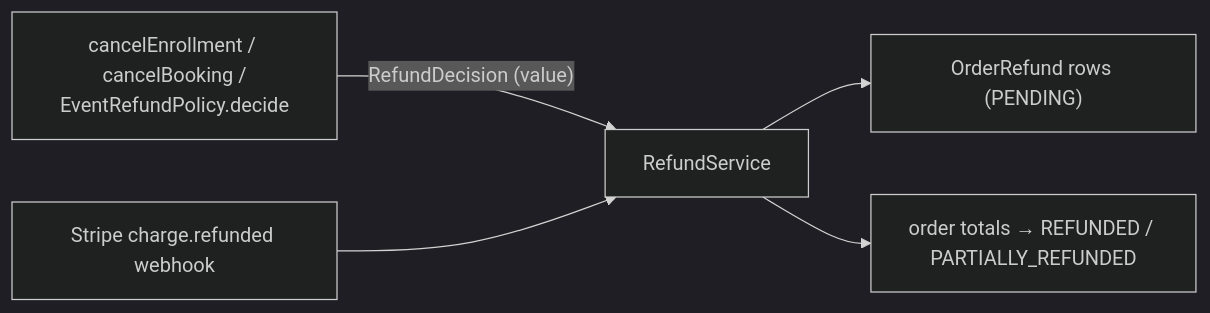
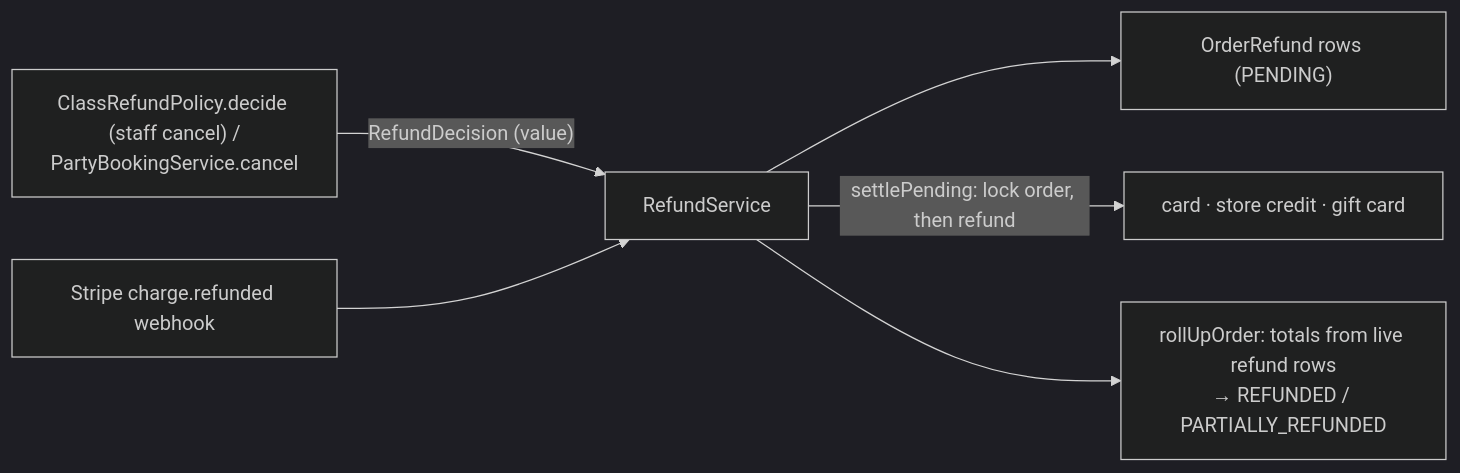
One commit to TitaniaAnn/makerhearth-architecture changed the second of 4 diagrams in docs/13-key-flows.md. Above: the diagram before and after it, drawn with Mermaid (dark theme). The commit also changed other lines of this file and 20 other files, not shown here.

````diff
--- a/docs/13-key-flows.md
+++ b/docs/13-key-flows.md
@@ -83,7 +98,8 @@
 ```mermaid
 flowchart LR
-    C["cancelEnrollment / cancelBooking /<br/>EventRefundPolicy.decide"] -->|"RefundDecision (value)"| R[RefundService]
+    C["ClassRefundPolicy.decide (staff cancel) /<br/>PartyBookingService.cancel"] -->|"RefundDecision (value)"| R[RefundService]
     R --> OR["OrderRefund rows (PENDING)"]
     ST["Stripe charge.refunded webhook"] --> R
-    R --> ROLL["order totals → REFUNDED / PARTIALLY_REFUNDED"]
+    R -->|settlePending: lock order, then refund| SET["card · store credit · gift card"]
+    R --> ROLL["rollUpOrder: totals from live refund rows<br/>→ REFUNDED / PARTIALLY_REFUNDED"]
 ```
````
